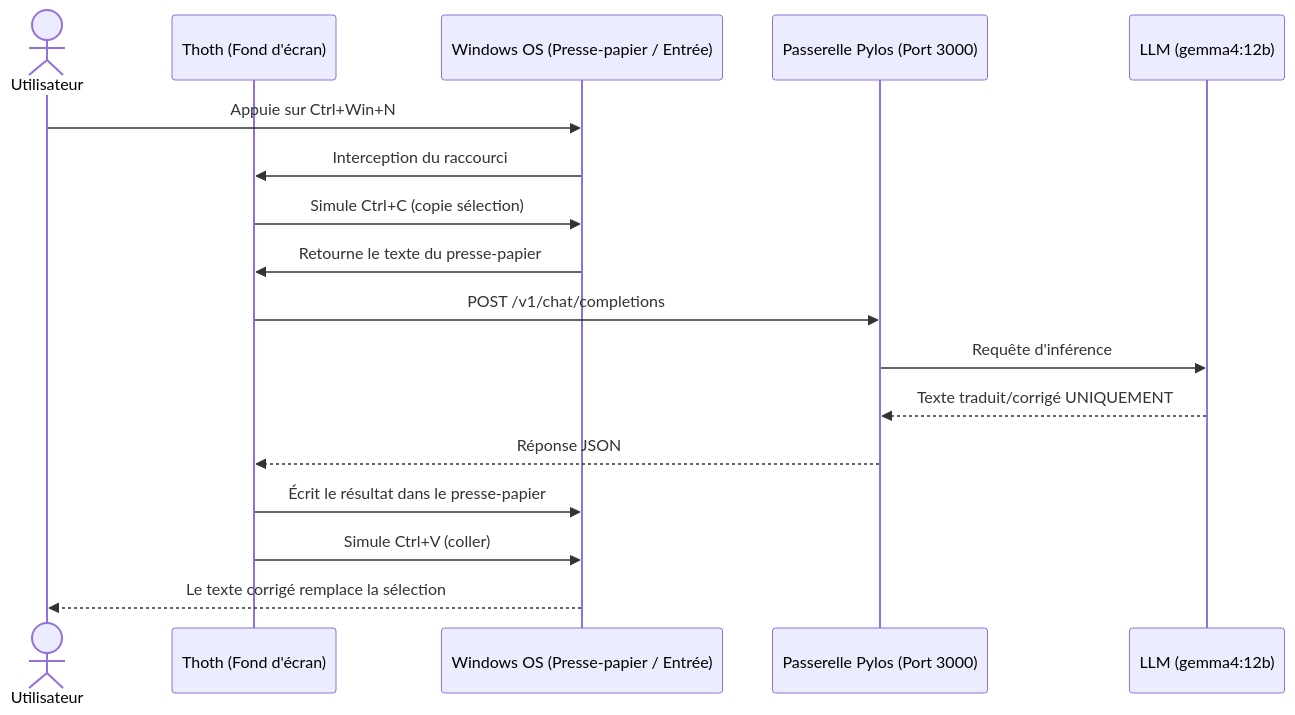
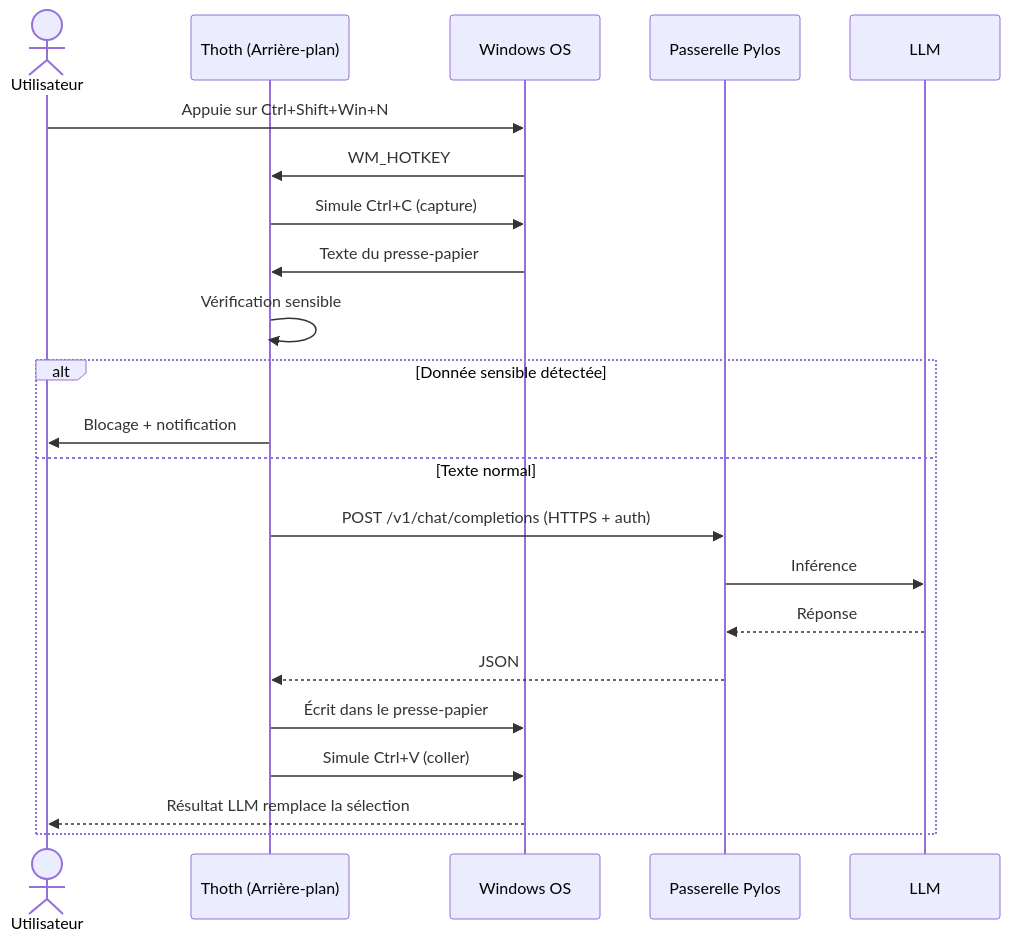
The second of 2 diagrams in README.md (JZacharie/Thoth), drawn with Mermaid before and after one commit. The commit also changed other lines of this file and 7 other files, not shown here.

````diff
--- a/README.md
+++ b/README.md
@@ -184,20 +285,25 @@
 ```mermaid
 sequenceDiagram
     actor Utilisateur
-    participant Thoth as Thoth (Fond d'écran)
-    participant OS as Windows OS (Presse-papier / Entrée)
-    participant Pylos as Passerelle Pylos (Port 3000)
-    participant LLM as LLM (gemma4:12b)
+    participant Thoth as Thoth (Arrière-plan)
+    participant OS as Windows OS
+    participant Pylos as Passerelle Pylos
+    participant LLM as LLM
 
-    Utilisateur->>OS: Appuie sur Ctrl+Win+N
-    OS->>Thoth: Interception du raccourci
-    Thoth->>OS: Simule Ctrl+C (copie sélection)
-    OS->>Thoth: Retourne le texte du presse-papier
-    Thoth->>Pylos: POST /v1/chat/completions
-    Pylos->>LLM: Requête d'inférence
-    LLM-->>Pylos: Texte traduit/corrigé UNIQUEMENT
-    Pylos-->>Thoth: Réponse JSON
-    Thoth->>OS: Écrit le résultat dans le presse-papier
-    Thoth->>OS: Simule Ctrl+V (coller)
-    OS-->>Utilisateur: Le texte corrigé remplace la sélection
+    Utilisateur->>OS: Appuie sur Ctrl+Shift+Win+N
+    OS->>Thoth: WM_HOTKEY
+    Thoth->>OS: Simule Ctrl+C (capture)
+    OS->>Thoth: Texte du presse-papier
+    Thoth->>Thoth: Vérification sensible
+    alt Donnée sensible détectée
+        Thoth->>Utilisateur: Blocage + notification
+    else Texte normal
+        Thoth->>Pylos: POST /v1/chat/completions (HTTPS + auth)
+        Pylos->>LLM: Inférence
+        LLM-->>Pylos: Réponse
+        Pylos-->>Thoth: JSON
+        Thoth->>OS: Écrit dans le presse-papier
+        Thoth->>OS: Simule Ctrl+V (coller)
+        OS-->>Utilisateur: Résultat LLM remplace la sélection
+    end
 ```
````
